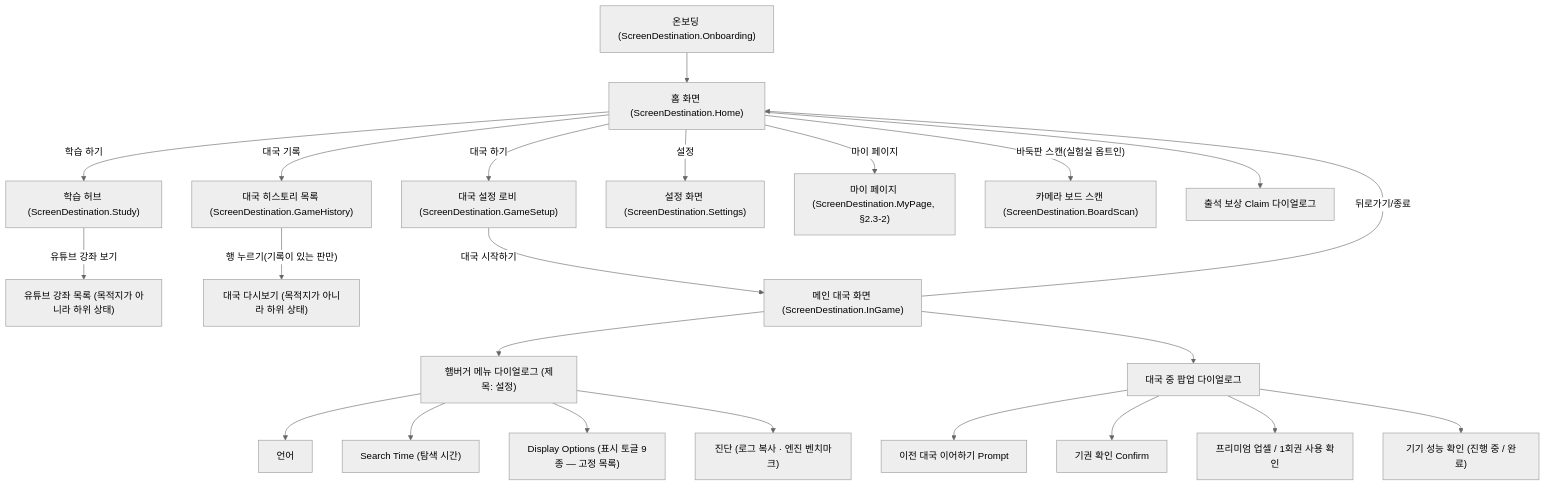
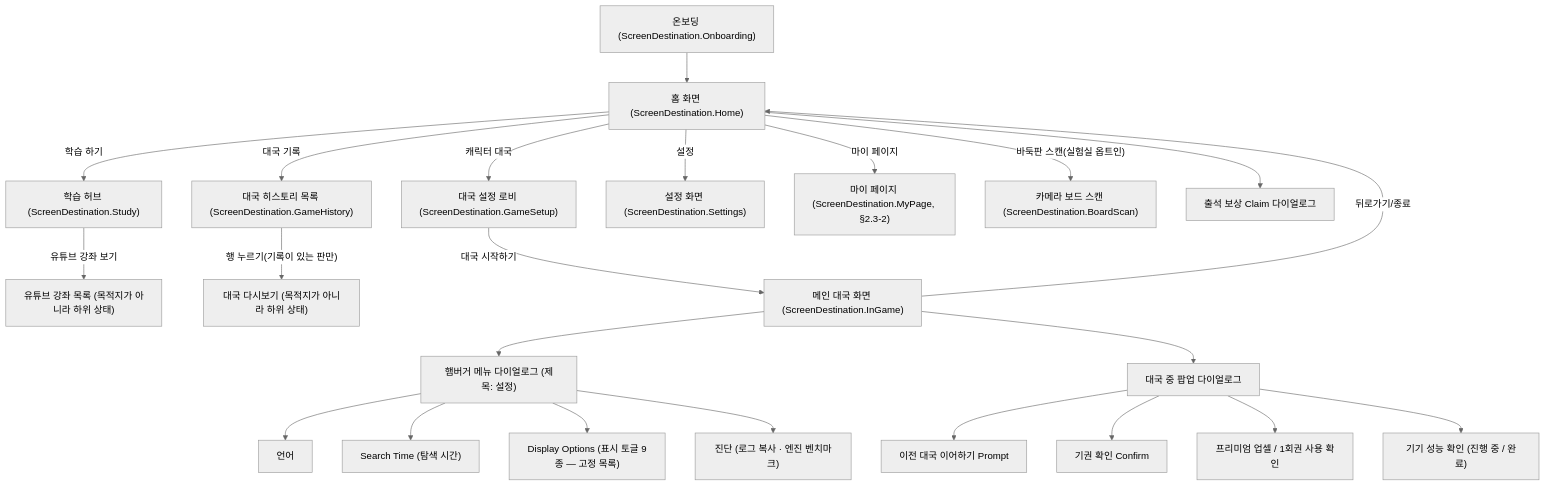
The diagram in docs/spec/APP_IA_AND_UI_SPEC.md (flitsky/go-ai-coach-app), drawn with Mermaid (neutral theme) before and after one commit. The commit also changed other lines of this file and 18 other files, not shown here.

First line of the commit message:
feat(home): 「대국 하기」를 「캐릭터 대국」으로 — 「승급 대국」과 짝을 맞추고 네 언어의 이름·설명을 함께 고친다 (backlog #239)

````diff
--- a/docs/spec/APP_IA_AND_UI_SPEC.md
+++ b/docs/spec/APP_IA_AND_UI_SPEC.md
@@ -20,27 +20,27 @@
 ```mermaid
 graph TD
     O["온보딩 (ScreenDestination.Onboarding)"] --> A
-    A["홈 화면 (ScreenDestination.Home)"] -->|"대국 하기"| B["대국 설정 로비 (ScreenDestination.GameSetup)"]
+    A["홈 화면 (ScreenDestination.Home)"] -->|"캐릭터 대국"| B["대국 설정 로비 (ScreenDestination.GameSetup)"]
     A -->|"학습 하기"| F["학습 허브 (ScreenDestination.Study)"]
     F -->|"유튜브 강좌 보기"| F1["유튜브 강좌 목록 (목적지가 아니라 하위 상태)"]
     A -->|"대국 기록"| G["대국 히스토리 목록 (ScreenDestination.GameHistory)"]
     G -->|"행 누르기(기록이 있는 판만)"| G1["대국 다시보기 (목적지가 아니라 하위 상태)"]
     A -->|"설정"| S["설정 화면 (ScreenDestination.Settings)"]
     A -->|"마이 페이지"| M["마이 페이지 (ScreenDestination.MyPage, §2.3-2)"]
     A -->|"바둑판 스캔(실험실 옵트인)"| BS["카메라 보드 스캔 (ScreenDestination.BoardScan)"]
     B -->|"대국 시작하기"| C["메인 대국 화면 (ScreenDestination.InGame)"]
     C -->|"뒤로가기/종료"| A
 
     C --> D["햄버거 메뉴 다이얼로그 (제목: 설정)"]
     D --> D1["언어"]
     D --> D2["Search Time (탐색 시간)"]
     D --> D3["Display Options (표시 토글 9종 — 고정 목록)"]
     D --> D4["진단 (로그 복사 · 엔진 벤치마크)"]
 
     A --> P["출석 보상 Claim 다이얼로그"]
     C --> E["대국 중 팝업 다이얼로그"]
     E --> E1["이전 대국 이어하기 Prompt"]
     E --> E2["기권 확인 Confirm"]
     E --> E3["프리미엄 업셀 / 1회권 사용 확인"]
     E --> E4["기기 성능 확인 (진행 중 / 완료)"]
 ```
````
